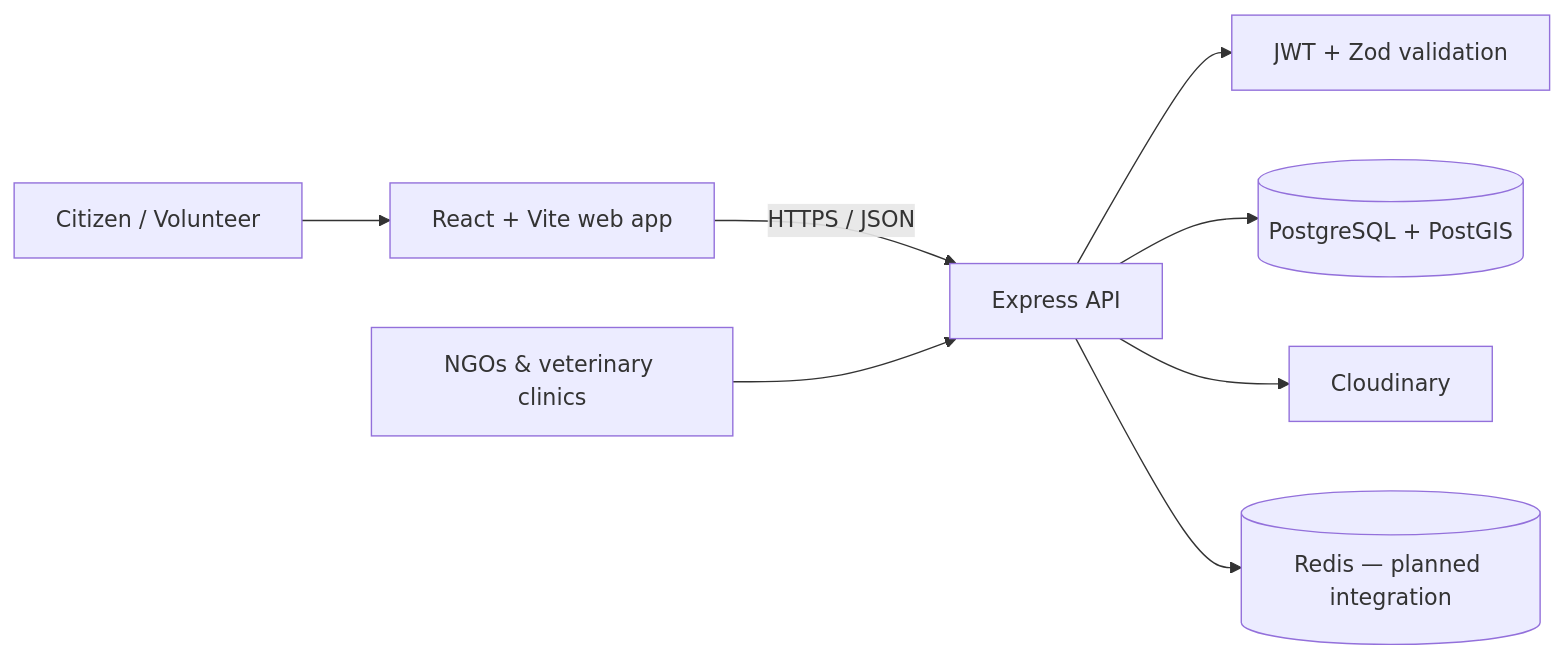
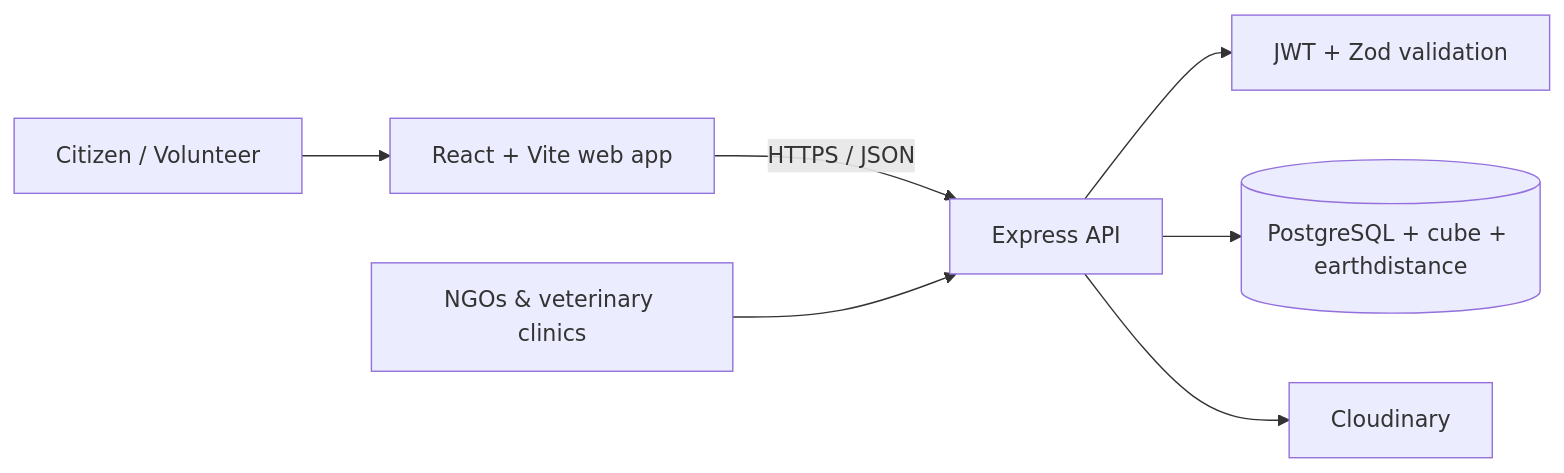
Before and after one commit to chandraprakashmishra18/sevana: the first of 2 diagrams in README.md, drawn with Mermaid. The commit also changed other lines of this file and 1 other file, not shown here.

````diff
--- a/README.md
+++ b/README.md
@@ -87,10 +75,9 @@
 ```mermaid
 flowchart LR
   Citizen["Citizen / Volunteer"] --> Web["React + Vite web app"]
   Web -->|"HTTPS / JSON"| API["Express API"]
   API --> Auth["JWT + Zod validation"]
-  API --> DB[("PostgreSQL + PostGIS")]
+  API --> DB[("PostgreSQL + cube + earthdistance")]
   API --> Media["Cloudinary"]
-  API --> Cache[("Redis — planned integration")]
   NGO["NGOs & veterinary clinics"] --> API
 ```
````
